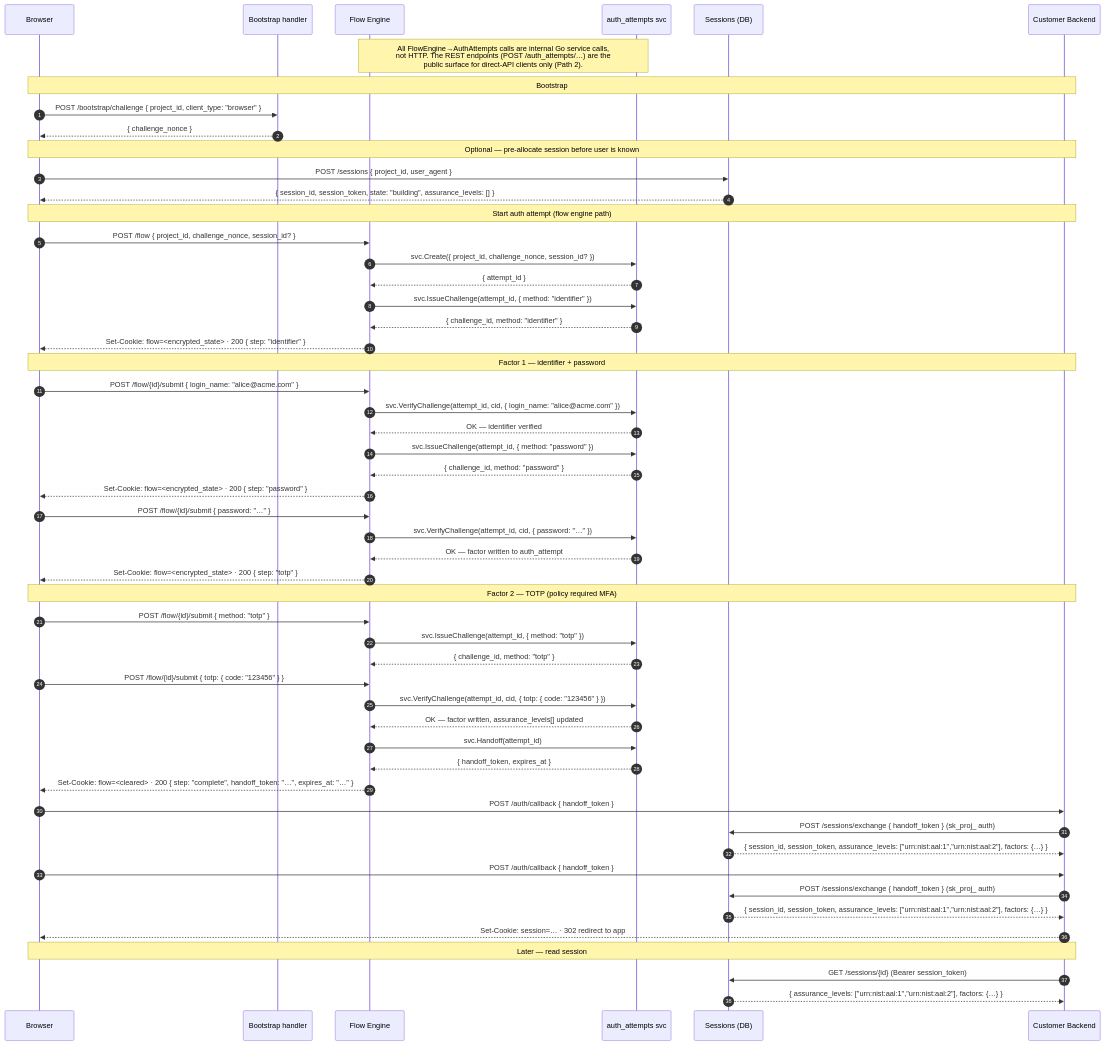
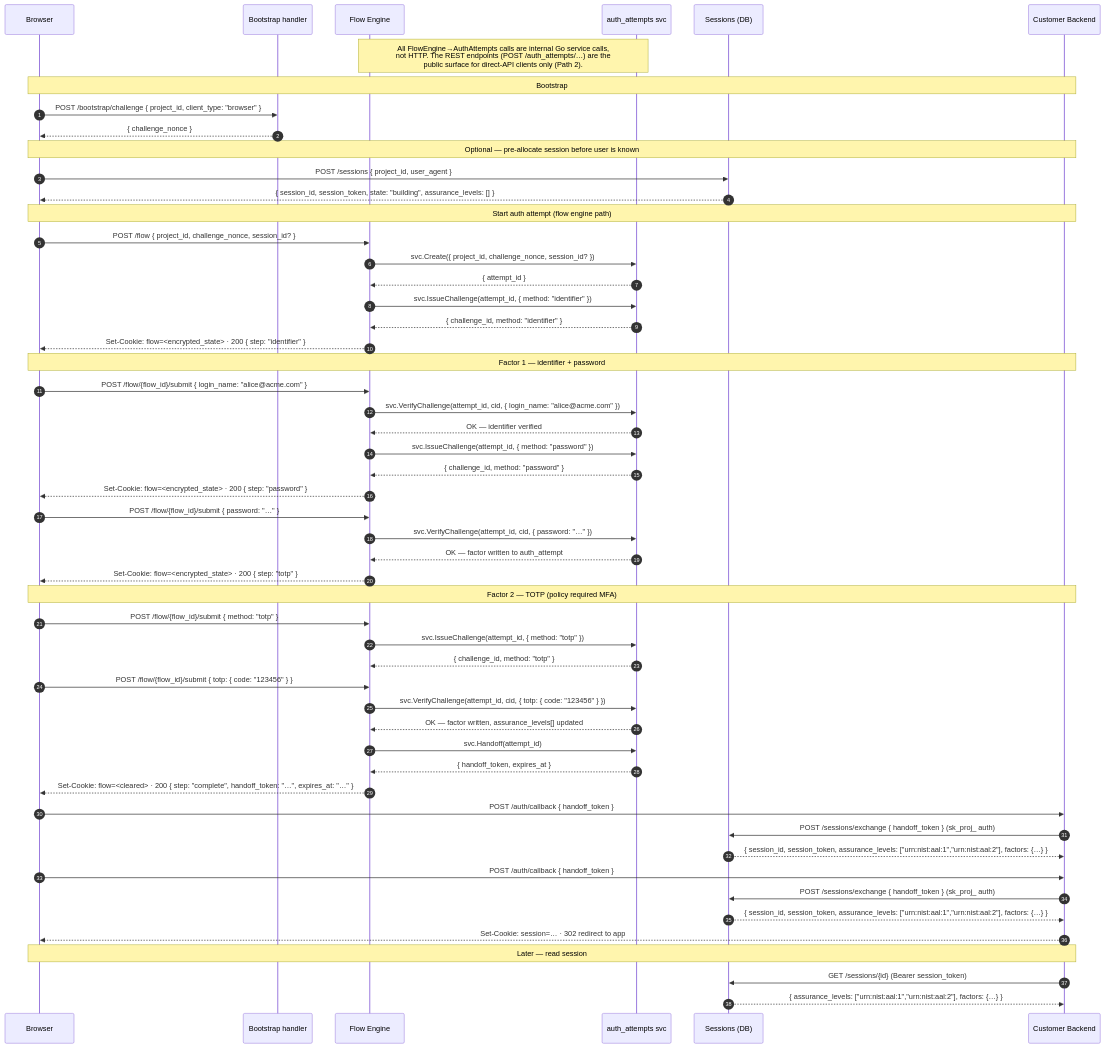
One commit to zitadel/nextgen changed the first of 4 diagrams in docs/design/api/authn-and-auth-flows.md. Above: the diagram before and after it, drawn with Mermaid. The commit also changed other lines of this file and 370 other files, not shown here.

````diff
--- a/docs/design/api/authn-and-auth-flows.md
+++ b/docs/design/api/authn-and-auth-flows.md
@@ -164,72 +164,72 @@
 ```mermaid
 sequenceDiagram
     autonumber
     participant Browser
     participant Bootstrap as Bootstrap handler
     participant FlowEngine as Flow Engine
     participant AuthAttempts as auth_attempts svc
     participant SessionDB as Sessions (DB)
     participant CustomerBackend as Customer Backend
 
     Note over FlowEngine,AuthAttempts: All FlowEngine→AuthAttempts calls are internal Go service calls,<br/>not HTTP. The REST endpoints (POST /auth_attempts/…) are the<br/>public surface for direct-API clients only (Path 2).
 
     Note over Browser,CustomerBackend: Bootstrap
 
     Browser->>Bootstrap: POST /bootstrap/challenge { project_id, client_type: "browser" }
     Bootstrap-->>Browser: { challenge_nonce }
 
     Note over Browser,CustomerBackend: Optional — pre-allocate session before user is known
 
     Browser->>SessionDB: POST /sessions { project_id, user_agent }
     SessionDB-->>Browser: { session_id, session_token, state: "building", assurance_levels: [] }
 
     Note over Browser,CustomerBackend: Start auth attempt (flow engine path)
 
     Browser->>FlowEngine: POST /flow { project_id, challenge_nonce, session_id? }
     FlowEngine->>AuthAttempts: svc.Create({ project_id, challenge_nonce, session_id? })
     AuthAttempts-->>FlowEngine: { attempt_id }
     FlowEngine->>AuthAttempts: svc.IssueChallenge(attempt_id, { method: "identifier" })
     AuthAttempts-->>FlowEngine: { challenge_id, method: "identifier" }
     FlowEngine-->>Browser: Set-Cookie: flow=<encrypted_state> · 200 { step: "identifier" }
 
     Note over Browser,CustomerBackend: Factor 1 — identifier + password
 
-    Browser->>FlowEngine: POST /flow/{id}/submit { login_name: "alice@acme.com" }
+    Browser->>FlowEngine: POST /flow/{flow_id}/submit { login_name: "alice@acme.com" }
     FlowEngine->>AuthAttempts: svc.VerifyChallenge(attempt_id, cid, { login_name: "alice@acme.com" })
     AuthAttempts-->>FlowEngine: OK — identifier verified
     FlowEngine->>AuthAttempts: svc.IssueChallenge(attempt_id, { method: "password" })
     AuthAttempts-->>FlowEngine: { challenge_id, method: "password" }
     FlowEngine-->>Browser: Set-Cookie: flow=<encrypted_state> · 200 { step: "password" }
 
-    Browser->>FlowEngine: POST /flow/{id}/submit { password: "…" }
+    Browser->>FlowEngine: POST /flow/{flow_id}/submit { password: "…" }
     FlowEngine->>AuthAttempts: svc.VerifyChallenge(attempt_id, cid, { password: "…" })
     AuthAttempts-->>FlowEngine: OK — factor written to auth_attempt
     FlowEngine-->>Browser: Set-Cookie: flow=<encrypted_state> · 200 { step: "totp" }
 
     Note over Browser,CustomerBackend: Factor 2 — TOTP (policy required MFA)
 
-    Browser->>FlowEngine: POST /flow/{id}/submit { method: "totp" }
+    Browser->>FlowEngine: POST /flow/{flow_id}/submit { method: "totp" }
     FlowEngine->>AuthAttempts: svc.IssueChallenge(attempt_id, { method: "totp" })
     AuthAttempts-->>FlowEngine: { challenge_id, method: "totp" }
-    Browser->>FlowEngine: POST /flow/{id}/submit { totp: { code: "123456" } }
+    Browser->>FlowEngine: POST /flow/{flow_id}/submit { totp: { code: "123456" } }
     FlowEngine->>AuthAttempts: svc.VerifyChallenge(attempt_id, cid, { totp: { code: "123456" } })
     AuthAttempts-->>FlowEngine: OK — factor written, assurance_levels[] updated
     FlowEngine->>AuthAttempts: svc.Handoff(attempt_id)
     AuthAttempts-->>FlowEngine: { handoff_token, expires_at }
     FlowEngine-->>Browser: Set-Cookie: flow=<cleared> · 200 { step: "complete", handoff_token: "…", expires_at: "…" }
 
     Browser->>CustomerBackend: POST /auth/callback { handoff_token }
     CustomerBackend->>SessionDB: POST /sessions/exchange { handoff_token } (sk_proj_ auth)
     SessionDB-->>CustomerBackend: { session_id, session_token, assurance_levels: ["urn:nist:aal:1","urn:nist:aal:2"], factors: {…} }
 
 
     Browser->>CustomerBackend: POST /auth/callback { handoff_token }
     CustomerBackend->>SessionDB: POST /sessions/exchange { handoff_token } (sk_proj_ auth)
     SessionDB-->>CustomerBackend: { session_id, session_token, assurance_levels: ["urn:nist:aal:1","urn:nist:aal:2"], factors: {…} }
     CustomerBackend-->>Browser: Set-Cookie: session=… · 302 redirect to app
 
     Note over Browser,CustomerBackend: Later — read session
 
     CustomerBackend->>SessionDB: GET /sessions/{id} (Bearer session_token)
     SessionDB-->>CustomerBackend: { assurance_levels: ["urn:nist:aal:1","urn:nist:aal:2"], factors: {…} }
 ```
````
